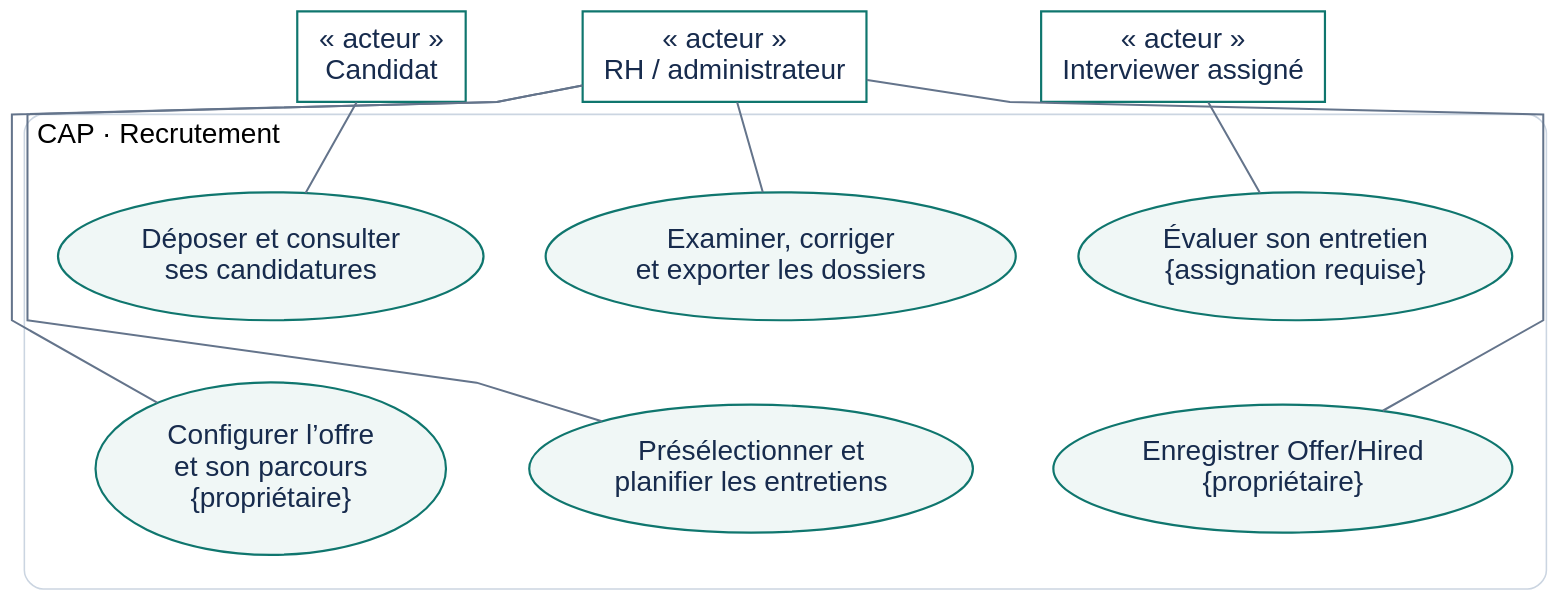
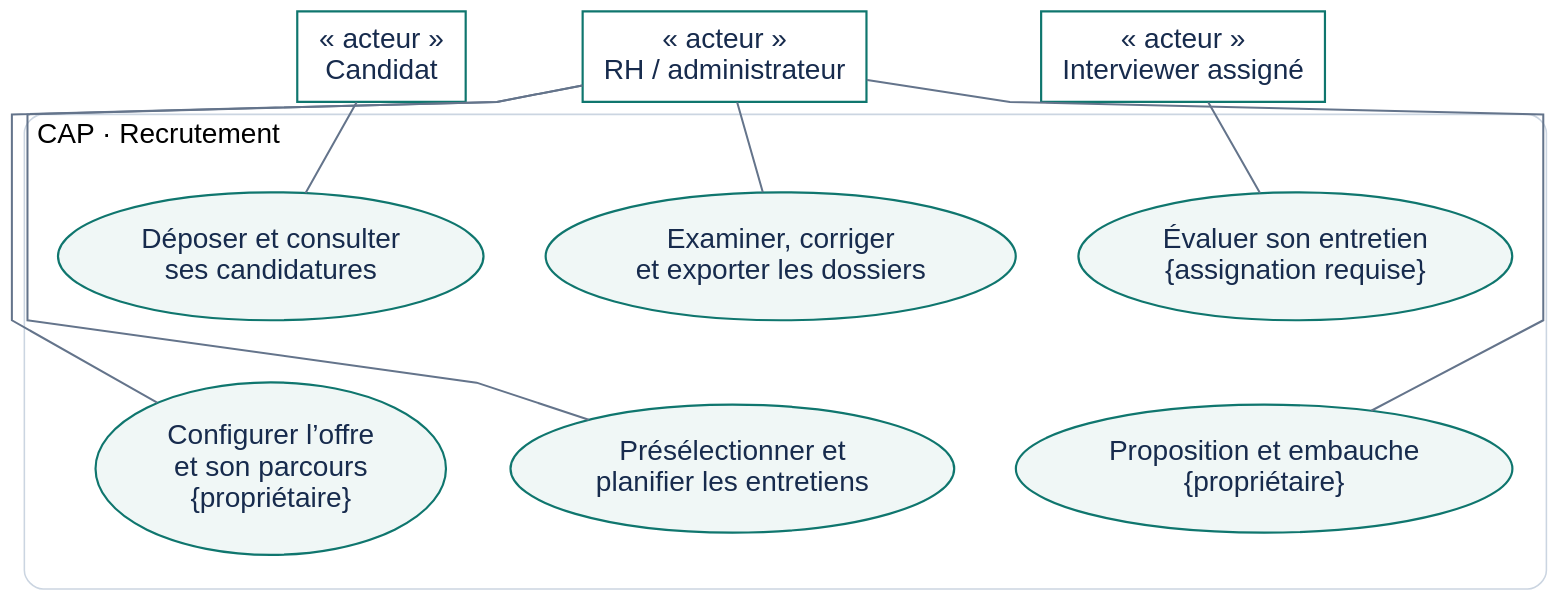
The diagram in presentation/diagrams/DIA-02-use-cases.dot (abdelkarim-ayed/cap-recruitment), drawn with Graphviz before and after one commit. The commit also changed 48 other files, not shown here.

```diff
--- a/presentation/diagrams/DIA-02-use-cases.dot
+++ b/presentation/diagrams/DIA-02-use-cases.dot
@@ -1,34 +1,34 @@
 // UML use-case diagram. Rectangular actor notation with explicit stereotype.
 digraph UseCases {
   graph [rankdir=TB, bgcolor="transparent", pad=0.2, nodesep=0.55, ranksep=0.55, splines=polyline, fontname="Liberation Sans", fontsize=18];
   node [fontname="Liberation Sans", fontsize=18, color="#0f766e", fontcolor="#172b4d", penwidth=1.4, style=filled, fillcolor="#f0f7f6", margin="0.2,0.12"];
   edge [dir=none, color="#64748b", penwidth=1.3];
   candidate [shape=box, fillcolor="white", label="« acteur »\nCandidat"];
   hr [shape=box, fillcolor="white", label="« acteur »\nRH / administrateur"];
   interviewer [shape=box, fillcolor="white", label="« acteur »\nInterviewer assigné"];
   {rank=same; candidate; hr; interviewer;}
   candidate -> hr -> interviewer [style=invis];
   subgraph cluster_cap {
     label="CAP · Recrutement"; labeljust=l; color="#cbd5e1"; style=rounded; margin=22;
     node [shape=ellipse];
     deposit [label="Déposer et consulter\nses candidatures"];
     review [label="Examiner, corriger\net exporter les dossiers"];
     feedback [label="Évaluer son entretien\n{assignation requise}"];
     configure [label="Configurer l’offre\net son parcours\n{propriétaire}"];
     schedule [label="Présélectionner et\nplanifier les entretiens"];
-    decision [label="Enregistrer Offer/Hired\n{propriétaire}"];
+    decision [label="Proposition et embauche\n{propriétaire}"];
     {rank=same; deposit; review; feedback;}
     {rank=same; configure; schedule; decision;}
     deposit -> review -> feedback [style=invis];
     configure -> schedule -> decision [style=invis];
     deposit -> configure [style=invis];
     review -> schedule [style=invis];
     feedback -> decision [style=invis];
   }
   candidate -> deposit;
   hr -> review;
   hr -> configure;
   hr -> schedule;
   hr -> decision;
   interviewer -> feedback;
 }
```
